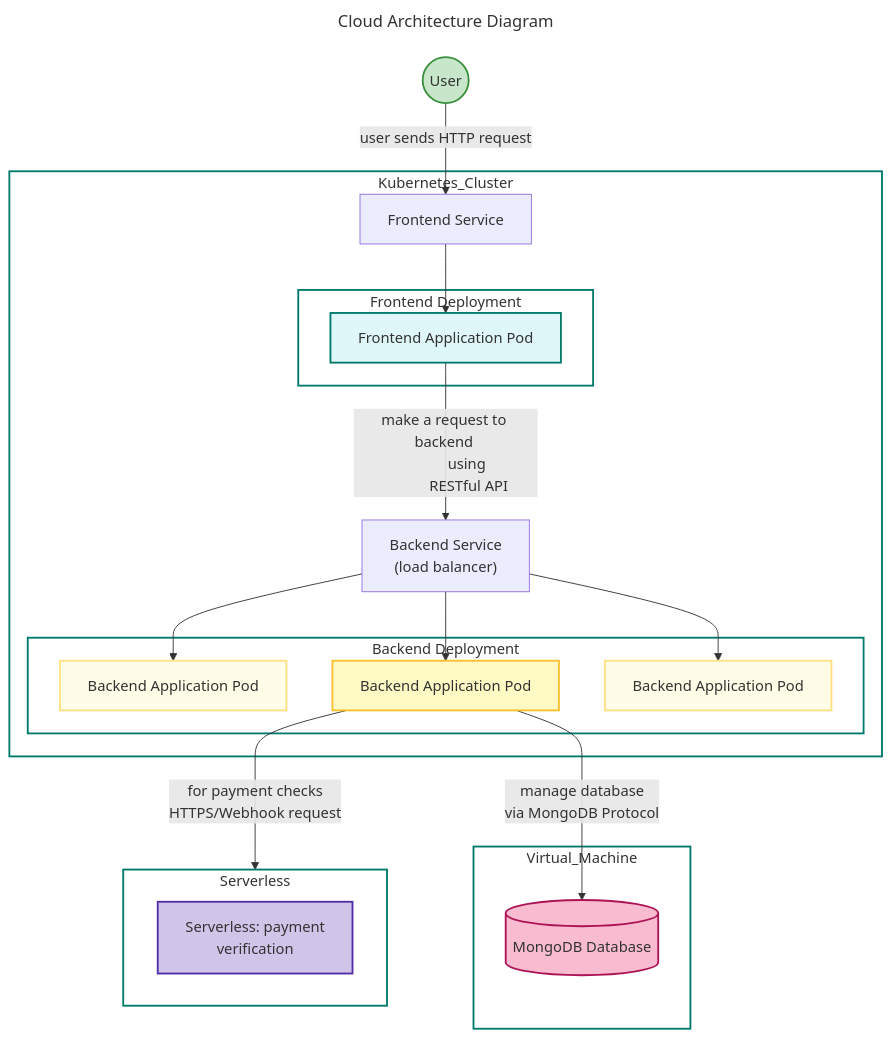
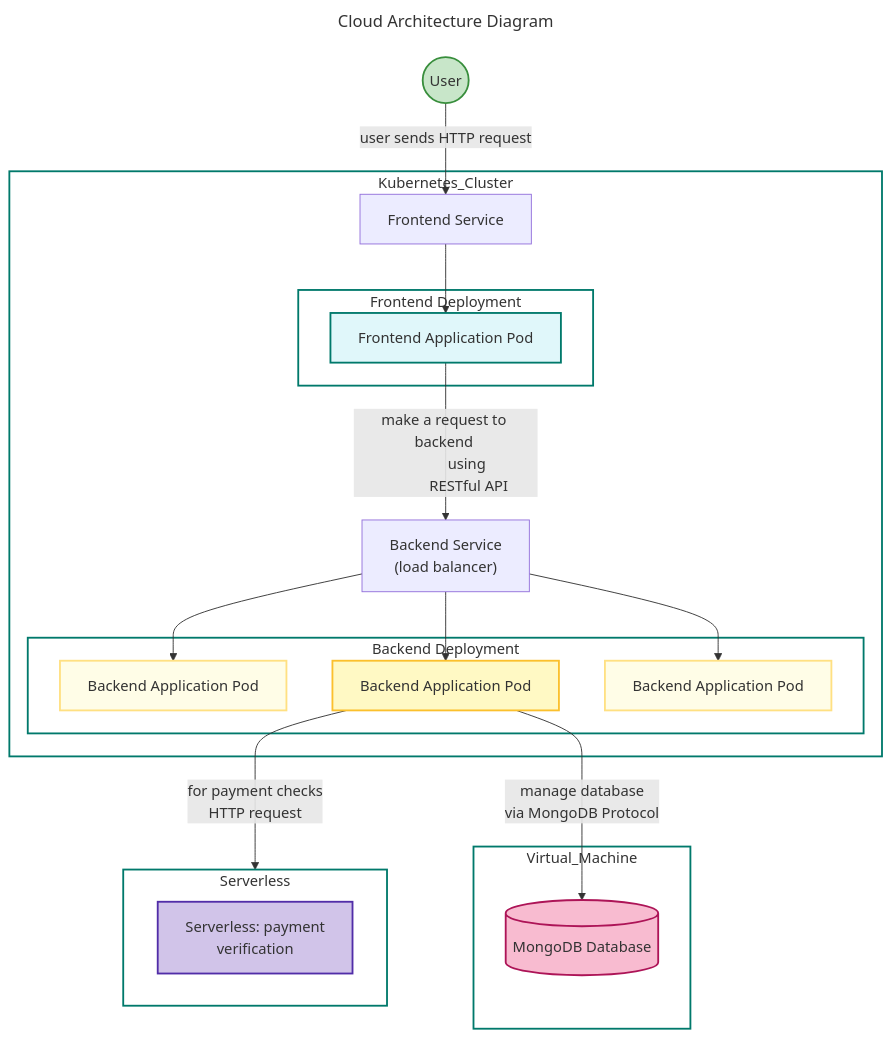
Before and after one commit to idilkara/cs436-project: the first of 2 diagrams in architecture.md, drawn with Mermaid. The commit also changed 1 other file, not shown here.

Commit message:
diagram fix

````diff
--- a/architecture.md
+++ b/architecture.md
@@ -1,72 +1,72 @@
 ```mermaid
 ---
 title: Cloud Architecture Diagram
 ---
 
 flowchart TB
 
 
     %% Define colors
     classDef frontend fill:#e0f7fa,stroke:#00796b,stroke-width:2px;
     classDef backend fill:#fff9c4,stroke:#fbc02d,stroke-width:2px;
     classDef backend-muted fill:#fffde7,stroke:#ffe082,stroke-width:2px;
     classDef mongodb fill:#f8bbd0,stroke:#ad1457,stroke-width:2px;
     classDef serverless fill:#d1c4e9,stroke:#512da8,stroke-width:2px;
     classDef user fill:#c8e6c9,stroke:#388e3c,stroke-width:2px;
     classDef outer fill:#ffffff,stroke:#00796b,stroke-width:2px;
 
     subgraph "Kubernetes_Cluster"
         subgraph POD1["Frontend Deployment"]
             FE["Frontend Application Pod"]
         end
         FrontendService["Frontend Service"]
         FrontendService --> FE
 
         subgraph POD2["Backend Deployment"]
 
         
             BE1["Backend Application Pod"]
             BE["Backend Application Pod"]
             BE2["Backend Application Pod"]
 
         end
 
         BackendService["Backend Service 
             (load balancer)"]
 
         BackendService --> BE1
         BackendService --> BE
       
         BackendService --> BE2
     end
 
     subgraph "Virtual_Machine"
         MongoDB[("MongoDB Database")]
     end
     
     subgraph "Serverless"
         Payment["Serverless: payment
                     verification"]
     end
 
     User(("User"))
     User -- user sends HTTP request --> FrontendService
     FE -- make a request to backend 
             using 
             RESTful API --> BackendService
     
     BE -- manage database 
         via MongoDB Protocol --> MongoDB
     BE -- for payment checks 
-        HTTPS/Webhook request --> Serverless
+        HTTP request --> Serverless
 
     %% Apply classes
     class FE frontend;
     class BE backend;
     class BE2,BE1 backend-muted;
     class MongoDB mongodb;
     class Payment serverless;
     class User user;
 
     class POD1,POD2,Kubernetes_Cluster,Virtual_Machine,Serverless outer
 ```
````
